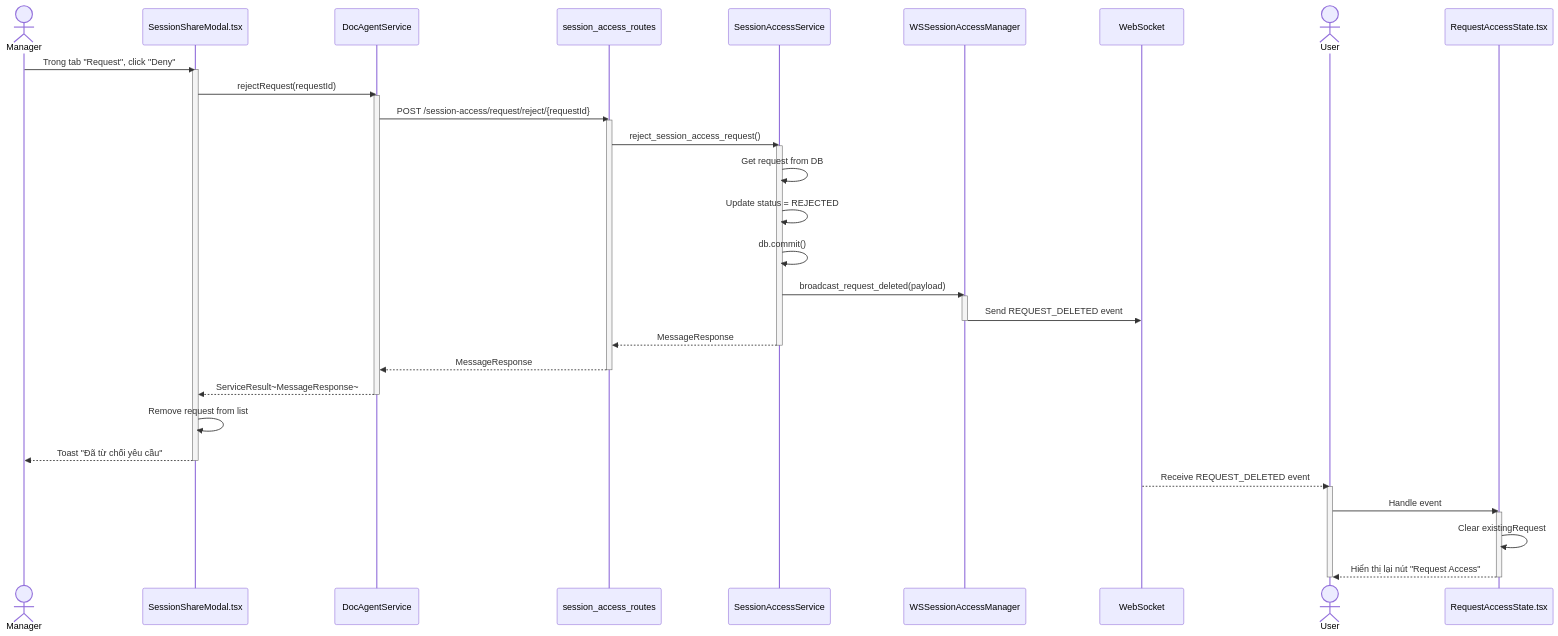
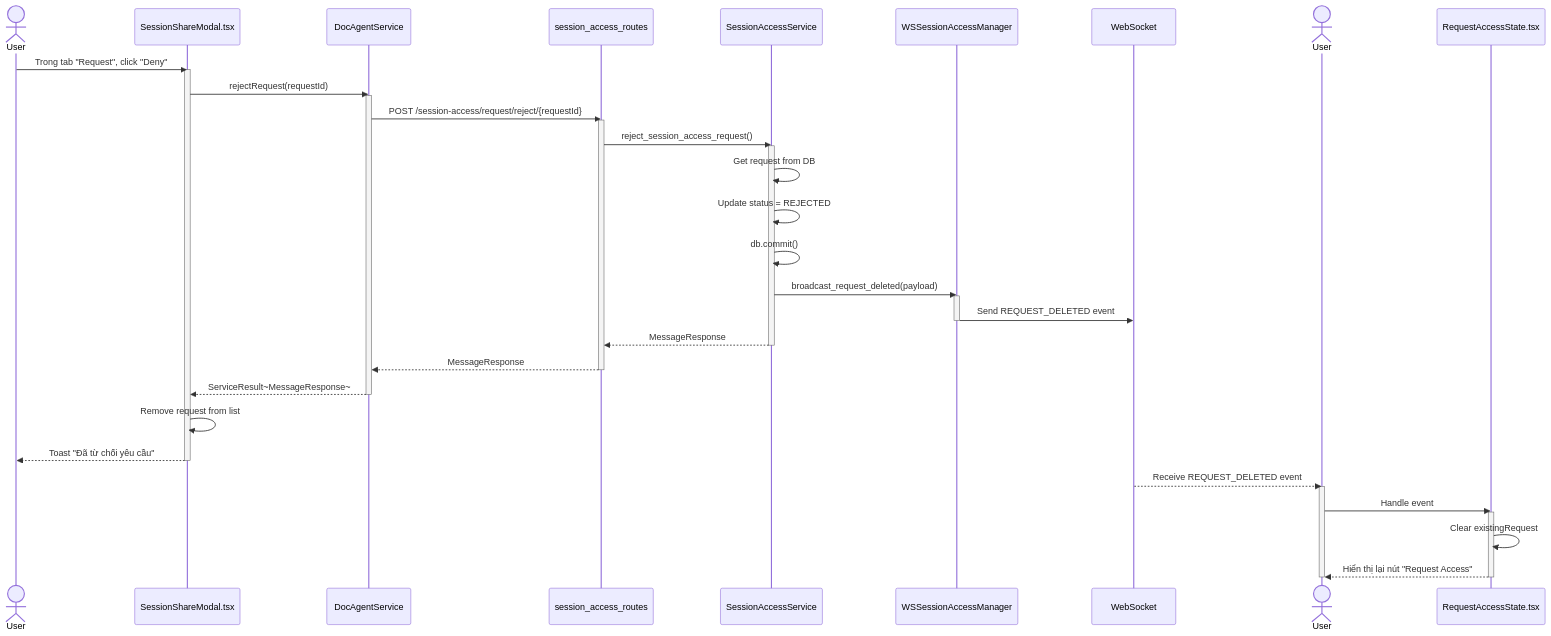
Before and after one commit to mduc-2610/gp_doc: the sixth of 9 diagrams in session_access/4_session_access_seq.md, drawn with Mermaid. The commit also changed other lines of this file and 10 other files, not shown here.

````diff
--- a/session_access/4_session_access_seq.md
+++ b/session_access/4_session_access_seq.md
@@ -348,51 +368,51 @@
 ```mermaid
 sequenceDiagram
-    actor Manager
+    actor User1 as User
     participant ShareModal as SessionShareModal.tsx
     participant DocAgentService as DocAgentService
     participant SessionAccessRoutes as session_access_routes
     participant SessionAccessService as SessionAccessService
     participant WSManager as WSSessionAccessManager
     participant WebSocket as WebSocket
-    actor User
+    actor User2 as User
     participant RequestAccessState as RequestAccessState.tsx
 
-    Manager->>ShareModal: Trong tab "Request", click "Deny"
+    User1->>ShareModal: Trong tab "Request", click "Deny"
     activate ShareModal
     
     ShareModal->>DocAgentService: rejectRequest(requestId)
     activate DocAgentService
     DocAgentService->>SessionAccessRoutes: POST /session-access/request/reject/{requestId}
     activate SessionAccessRoutes
     SessionAccessRoutes->>SessionAccessService: reject_session_access_request()
     activate SessionAccessService
     
     SessionAccessService->>SessionAccessService: Get request from DB
     SessionAccessService->>SessionAccessService: Update status = REJECTED
     SessionAccessService->>SessionAccessService: db.commit()
     
     SessionAccessService->>WSManager: broadcast_request_deleted(payload)
     activate WSManager
     WSManager->>WebSocket: Send REQUEST_DELETED event
     deactivate WSManager
     
     SessionAccessService-->>SessionAccessRoutes: MessageResponse
     deactivate SessionAccessService
     SessionAccessRoutes-->>DocAgentService: MessageResponse
     deactivate SessionAccessRoutes
     DocAgentService-->>ShareModal: ServiceResult~MessageResponse~
     deactivate DocAgentService
     
     ShareModal->>ShareModal: Remove request from list
-    ShareModal-->>Manager: Toast "Đã từ chối yêu cầu"
+    ShareModal-->>User1: Toast "Đã từ chối yêu cầu"
     deactivate ShareModal
     
-    WebSocket-->>User: Receive REQUEST_DELETED event
-    activate User
-    User->>RequestAccessState: Handle event
+    WebSocket-->>User2: Receive REQUEST_DELETED event
+    activate User2
+    User2->>RequestAccessState: Handle event
     activate RequestAccessState
     RequestAccessState->>RequestAccessState: Clear existingRequest
-    RequestAccessState-->>User: Hiển thị lại nút "Request Access"
+    RequestAccessState-->>User2: Hiển thị lại nút "Request Access"
     deactivate RequestAccessState
-    deactivate User
+    deactivate User2
 ```
````
